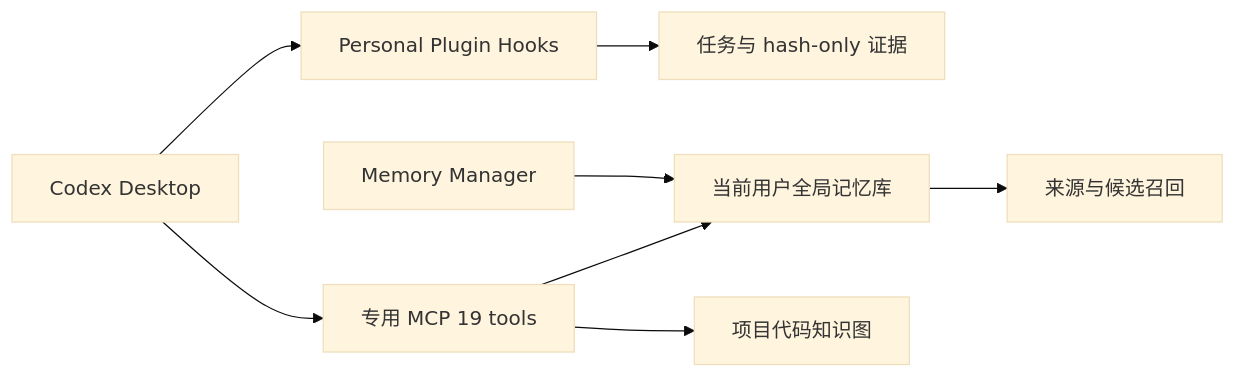
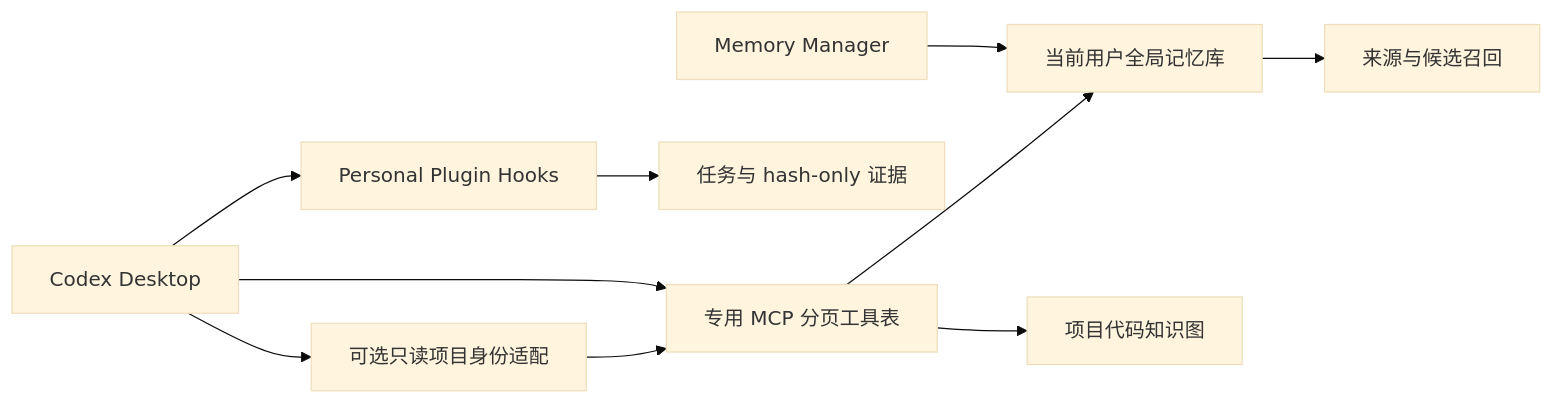
The diagram in docs/ARCHITECTURE.zh-CN.md (AlbertYm/semantic-memory-global), drawn with Mermaid (base theme) before and after one commit. The commit also changed other lines of this file and 18 other files, not shown here.

````diff
--- a/docs/ARCHITECTURE.zh-CN.md
+++ b/docs/ARCHITECTURE.zh-CN.md
@@ -3,10 +3,12 @@
 ```mermaid
 flowchart LR
-  A[Codex Desktop] --> B[专用 MCP 19 tools]
+  A[Codex Desktop] --> I[可选只读项目身份适配]
+  I --> B[专用 MCP 分页工具表]
+  A --> B
   A --> C[Personal Plugin Hooks]
   C --> D[任务与 hash-only 证据]
   B --> E[当前用户全局记忆库]
   B --> F[项目代码知识图]
   G[Memory Manager] --> E
   E --> H[来源与候选召回]
 ```
````
